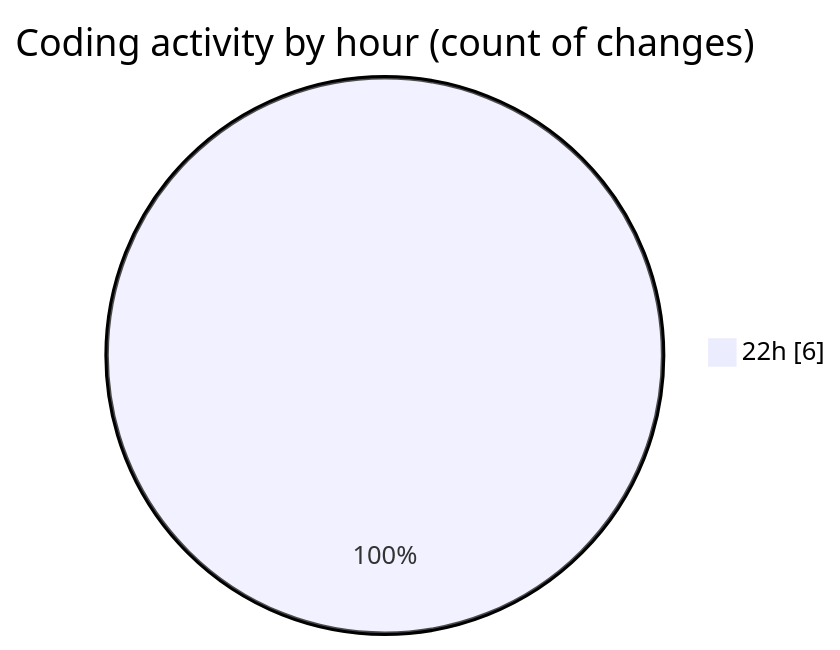
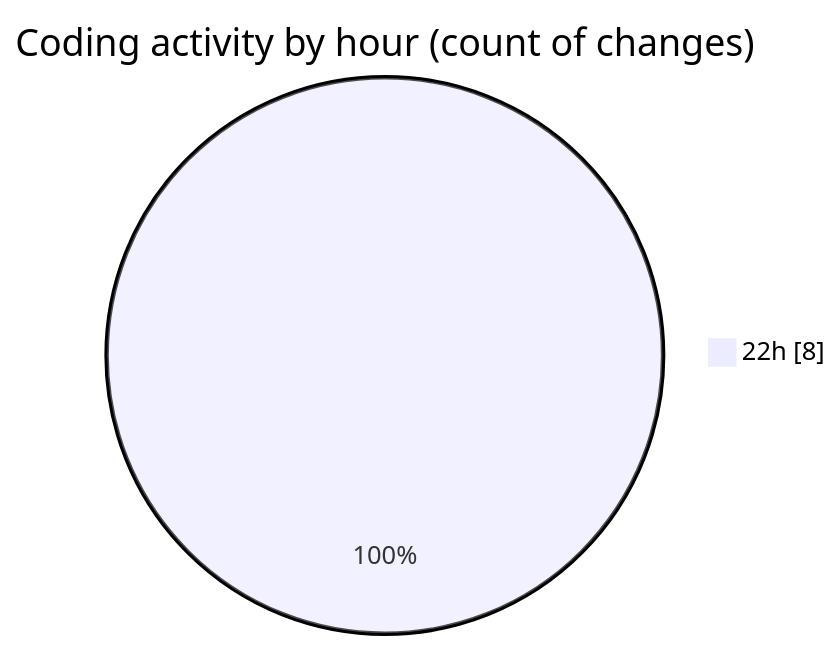
One commit to ernivani/code-tracking changed the second of 2 diagrams in 2025-01-03/my-code-activity-ext/README.md. Above: the diagram before and after it, drawn with Mermaid. The commit also changed other lines of this file and 2 other files, not shown here.

````diff
--- a/2025-01-03/my-code-activity-ext/README.md
+++ b/2025-01-03/my-code-activity-ext/README.md
@@ -28,5 +30,5 @@
 ```mermaid
 pie showData
 title Coding activity by hour (count of changes)
-"22h" : 6
+"22h" : 8
 ```
````
